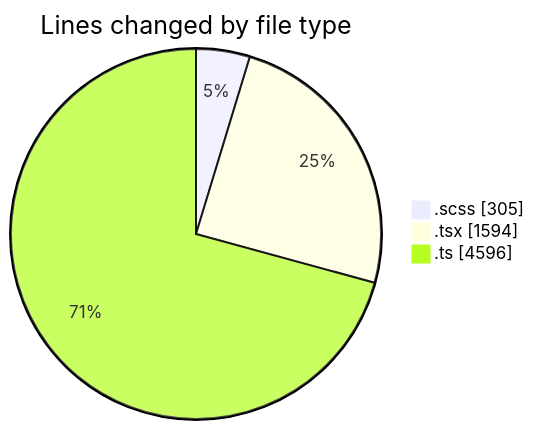
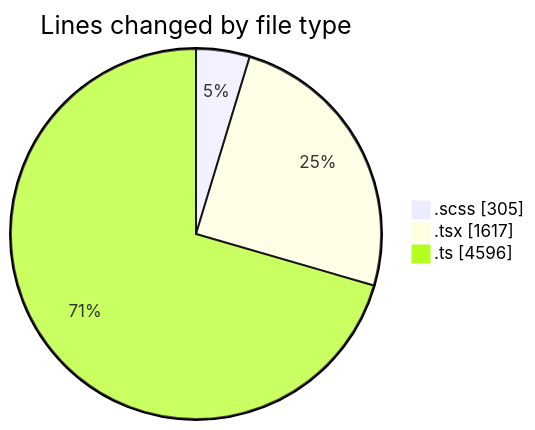
One commit to momahboobian/code-tracking changed the first of 2 diagrams in 2025-03-04/cda/README.md. Above: the diagram before and after it, drawn with Mermaid. The commit also changed other lines of this file and 1 other file, not shown here.

````diff
--- a/2025-03-04/cda/README.md
+++ b/2025-03-04/cda/README.md
@@ -36,7 +36,7 @@
 ```mermaid
 pie showData
 title Lines changed by file type
 ".scss" : 305
-".tsx" : 1594
+".tsx" : 1617
 ".ts" : 4596
 ```
````
